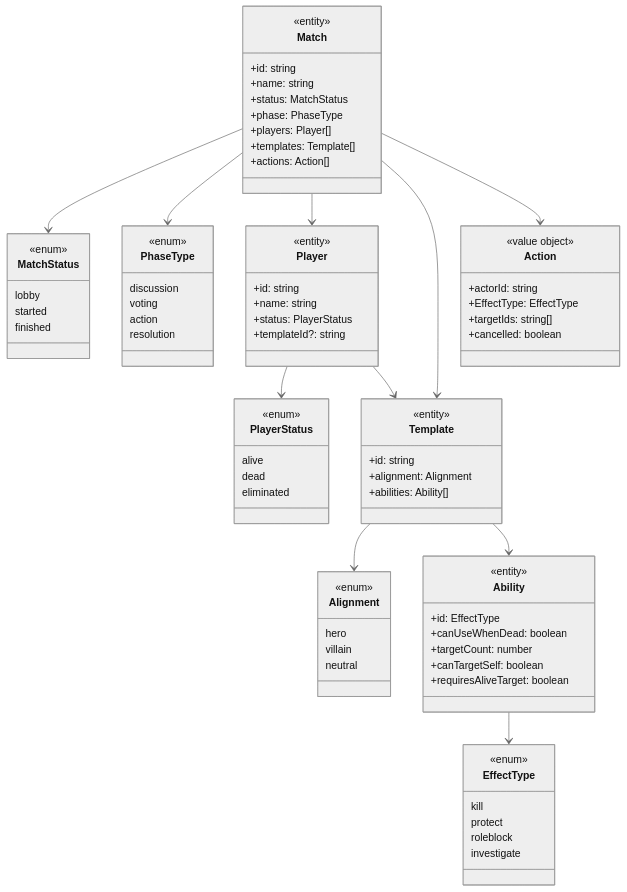
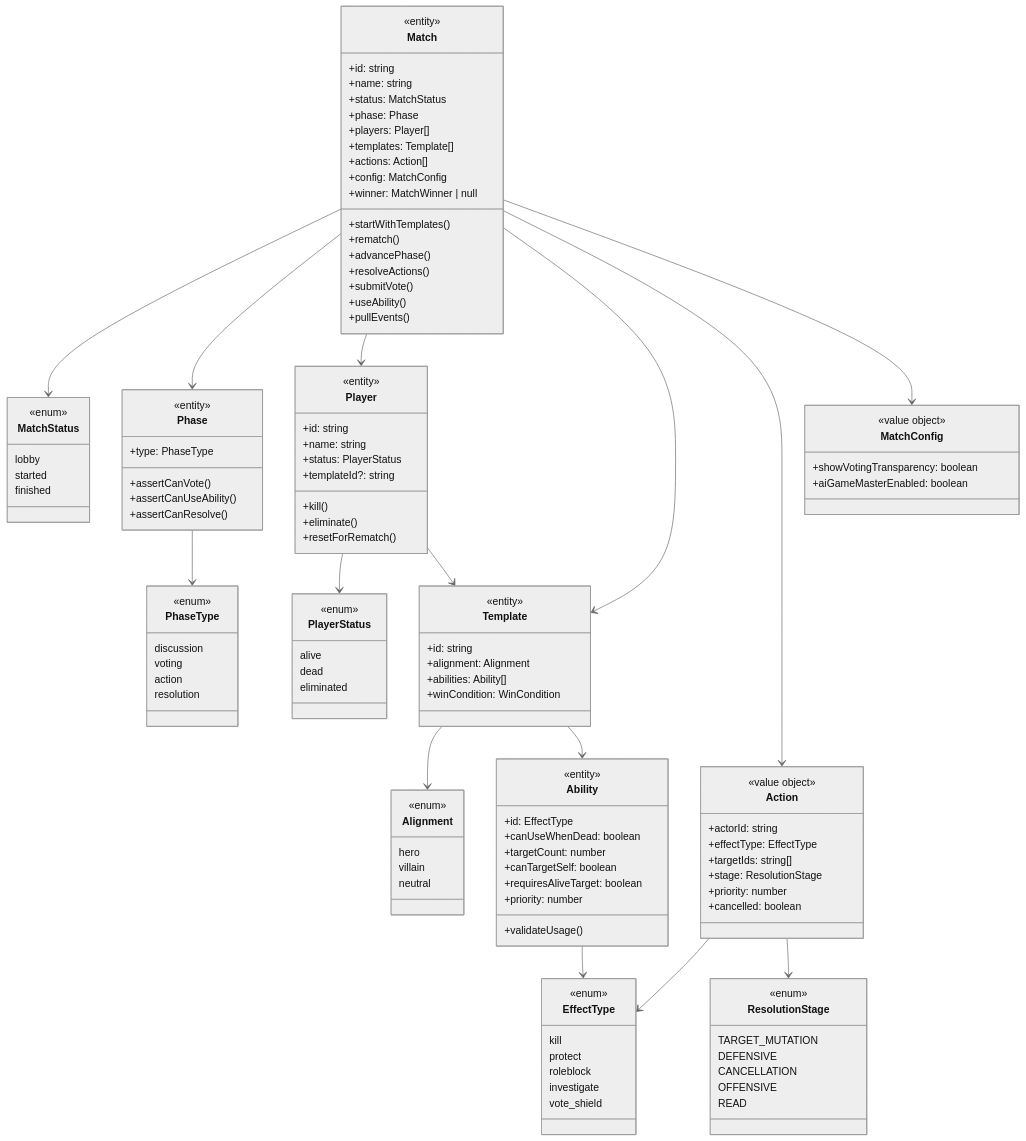
Before and after one commit to MohamedAljoke/social-deduction-game: the first of 6 diagrams in backend/docs/architecture.md, drawn with Mermaid (neutral theme). The commit also changed other lines of this file and 21 other files, not shown here.

````diff
--- a/backend/docs/architecture.md
+++ b/backend/docs/architecture.md
@@ -9,10 +9,25 @@
         +id: string
         +name: string
         +status: MatchStatus
-        +phase: PhaseType
+        +phase: Phase
         +players: Player[]
         +templates: Template[]
         +actions: Action[]
+        +config: MatchConfig
+        +winner: MatchWinner | null
+        +startWithTemplates()
+        +rematch()
+        +advancePhase()
+        +resolveActions()
+        +submitVote()
+        +useAbility()
+        +pullEvents()
+    }
+
+    class MatchConfig {
+        <<value object>>
+        +showVotingTransparency: boolean
+        +aiGameMasterEnabled: boolean
     }
 
     class MatchStatus {
@@ -20,6 +35,14 @@
         lobby
         started
         finished
+    }
+
+    class Phase {
+        <<entity>>
+        +type: PhaseType
+        +assertCanVote()
+        +assertCanUseAbility()
+        +assertCanResolve()
     }
 
     class PhaseType {
@@ -36,6 +59,9 @@
         +name: string
         +status: PlayerStatus
         +templateId?: string
+        +kill()
+        +eliminate()
+        +resetForRematch()
     }
 
     class PlayerStatus {
@@ -50,6 +76,7 @@
         +id: string
         +alignment: Alignment
         +abilities: Ability[]
+        +winCondition: WinCondition
     }
 
     class Alignment {
@@ -66,6 +93,8 @@
         +targetCount: number
         +canTargetSelf: boolean
         +requiresAliveTarget: boolean
+        +priority: number
+        +validateUsage()
     }
 
     class EffectType {
@@ -74,24 +103,40 @@
         protect
         roleblock
         investigate
+        vote_shield
     }
 
     class Action {
         <<value object>>
         +actorId: string
-        +EffectType: EffectType
+        +effectType: EffectType
         +targetIds: string[]
+        +stage: ResolutionStage
+        +priority: number
         +cancelled: boolean
     }
 
+    class ResolutionStage {
+        <<enum>>
+        TARGET_MUTATION
+        DEFENSIVE
+        CANCELLATION
+        OFFENSIVE
+        READ
+    }
+
     Match --> MatchStatus
-    Match --> PhaseType
+    Match --> Phase
     Match --> Player
     Match --> Template
     Match --> Action
+    Match --> MatchConfig
+    Phase --> PhaseType
     Player --> PlayerStatus
     Player --> Template
     Template --> Alignment
     Template --> Ability
     Ability --> EffectType
+    Action --> EffectType
+    Action --> ResolutionStage
 ```
````
